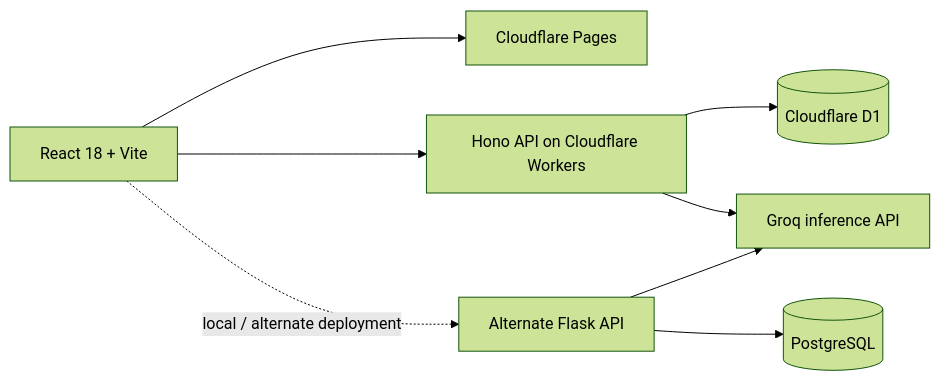
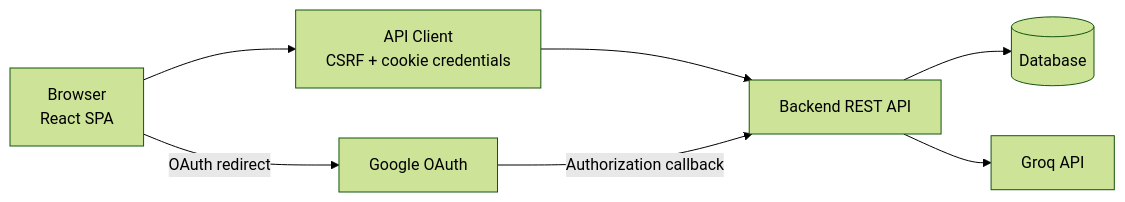
One commit to chetanaybuilder/RepForge changed the first of 2 diagrams in README.md. Above: the diagram before and after it, drawn with Mermaid (forest theme). The commit also changed other lines of this file and 95 other files, not shown here.

````diff
--- a/README.md
+++ b/README.md
@@ -44,18 +135,16 @@
 ```mermaid
 flowchart LR
-    Browser["React 18 + Vite"]
-    Pages["Cloudflare Pages"]
-    Worker["Hono API on Cloudflare Workers"]
-    D1[("Cloudflare D1")]
-    Groq["Groq inference API"]
-    Flask["Alternate Flask API"]
-    PostgreSQL[("PostgreSQL")]
+    Browser["Browser<br/>React SPA"]
+    Client["API Client<br/>CSRF + cookie credentials"]
+    API["Backend REST API"]
+    DB[(Database)]
+    Groq["Groq API"]
+    Google["Google OAuth"]
 
-    Browser --> Pages
-    Browser --> Worker
-    Worker --> D1
-    Worker --> Groq
-    Browser -. "local / alternate deployment" .-> Flask
-    Flask --> PostgreSQL
-    Flask --> Groq
+    Browser --> Client
+    Client --> API
+    API --> DB
+    API --> Groq
+    Browser -->|OAuth redirect| Google
+    Google -->|Authorization callback| API
 ```
````
